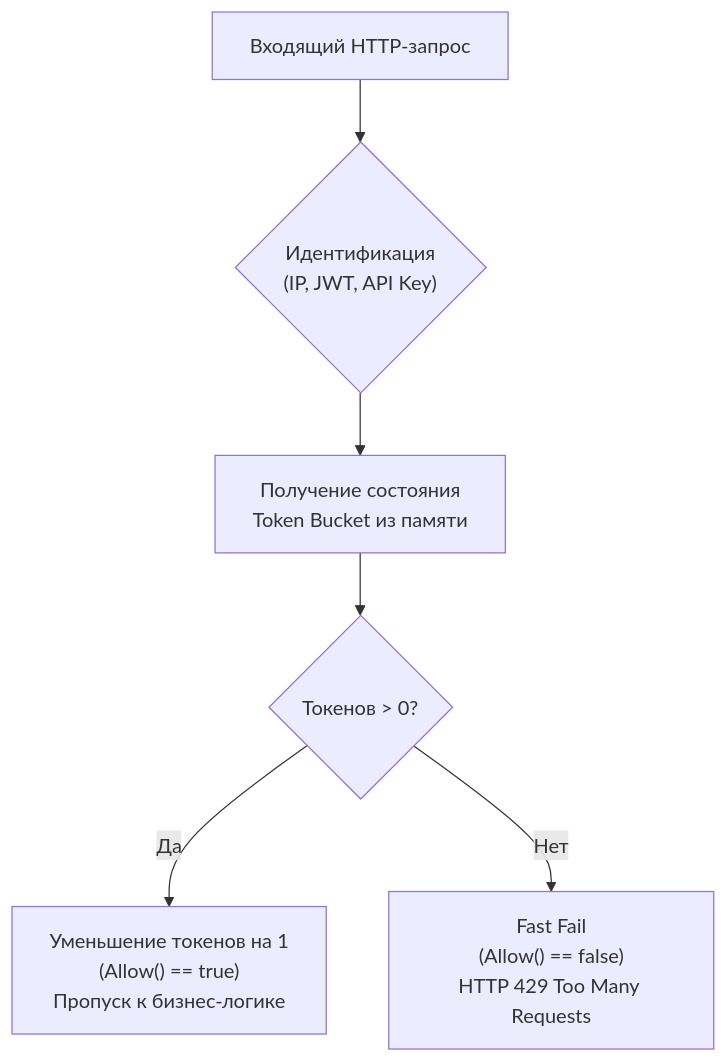
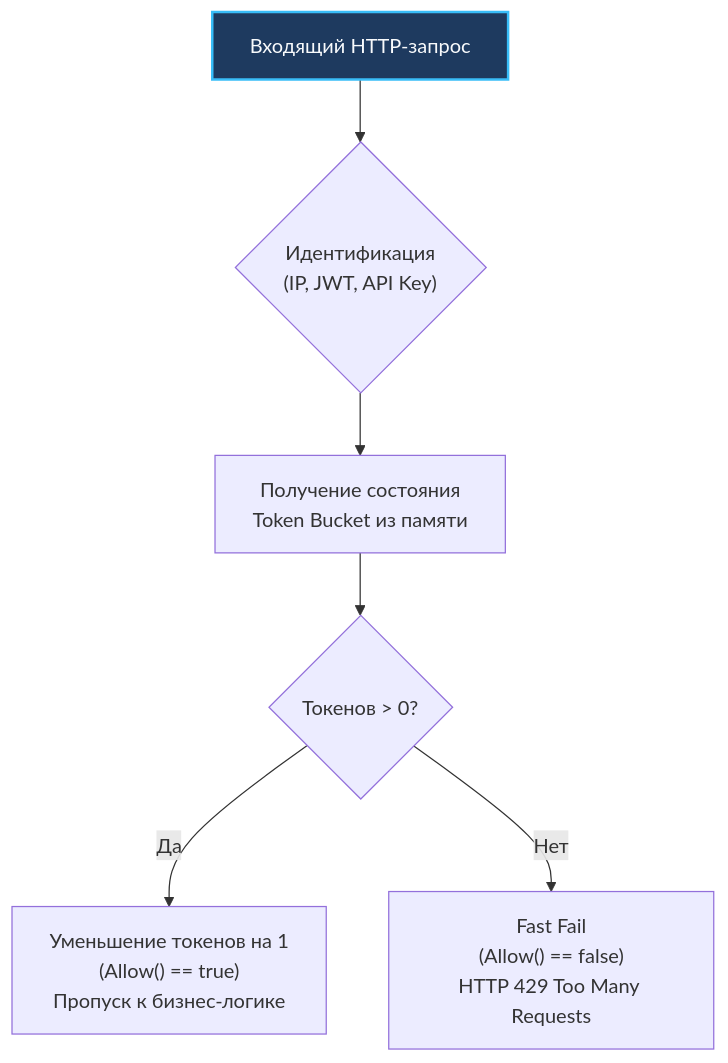
Before and after one commit to UnrealTemplier/go-textbook: the second of 4 diagrams in sources/14. Распределенные системы на Go/06. Сеть/6. Rate limiting.md, drawn with Mermaid. The commit also changed other lines of this file and 1666 other files, not shown here.

First line of the commit message:
feat(mermaid): add semantic color classDef to 1369 colorless flowchart/graph diagrams

````diff
--- a/sources/14. Распределенные системы на Go/06. Сеть/6. Rate limiting.md
+++ b/sources/14. Распределенные системы на Go/06. Сеть/6. Rate limiting.md
@@ -53,9 +63,19 @@
 ```mermaid
 flowchart TD
-    Req["Входящий HTTP-запрос"] --> ID{"Идентификация<br>(IP, JWT, API Key)"}
+    classDef process  fill:#1e293b,stroke:#38bdf8,stroke-width:1px,color:#f8fafc
+    classDef success  fill:#064e3b,stroke:#34d399,stroke-width:1px,color:#f8fafc
+    classDef error    fill:#7f1d1d,stroke:#f87171,stroke-width:1px,color:#f8fafc
+    classDef warning  fill:#78350f,stroke:#fbbf24,stroke-width:1px,color:#f8fafc
+    classDef entry    fill:#1e3a5f,stroke:#38bdf8,stroke-width:2px,color:#f8fafc
+    classDef aux      fill:#334155,stroke:#64748b,stroke-width:1px,color:#f8fafc
+    classDef system   fill:#312e81,stroke:#a78bfa,stroke-width:1px,color:#f8fafc
+    classDef data     fill:#132d29,stroke:#2dd4bf,stroke-width:1px,color:#f8fafc
+    classDef network  fill:#881337,stroke:#fb7185,stroke-width:1px,color:#f8fafc
+    classDef accent   fill:#1e1b4b,stroke:#818cf8,stroke-width:1px,color:#f8fafc
+    Req["Входящий HTTP-запрос"]:::entry --> ID{"Идентификация<br>(IP, JWT, API Key)"}
     ID --> Fetch["Получение состояния<br>Token Bucket из памяти"]
     Fetch --> Check{"Токенов > 0?"}
     
     Check -->|Да| Allow["Уменьшение токенов на 1<br>(Allow() == true)<br>Пропуск к бизнес-логике"]
     Check -->|Нет| Deny["Fast Fail<br>(Allow() == false)<br>HTTP 429 Too Many Requests"]
 ```
````
